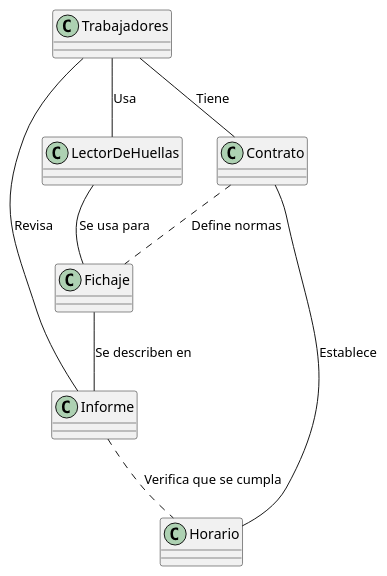
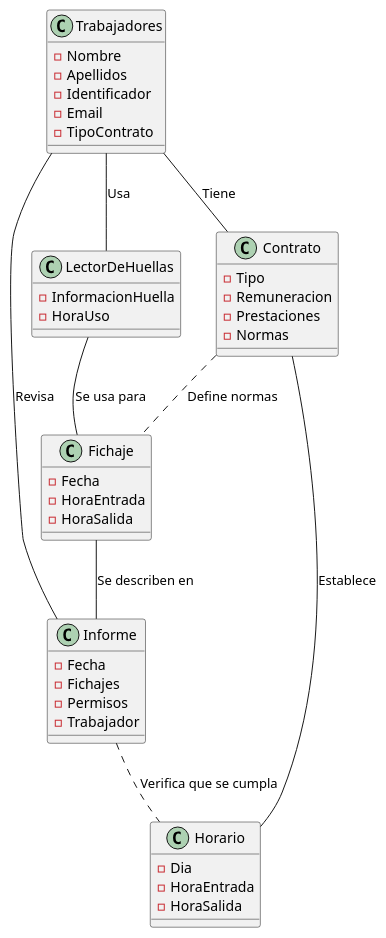
One commit to mmasias/23-24-IdSw1-SDR changed the diagram in imagenes/modelosUML/modeloDelDominio/iteracion4.puml. Above: the diagram before and after it, drawn with PlantUML. The commit also changed 1 other file, not shown here.

```diff
--- a/imagenes/modelosUML/modeloDelDominio/iteracion4.puml
+++ b/imagenes/modelosUML/modeloDelDominio/iteracion4.puml
@@ -1,17 +1,44 @@
 @startuml
-class Trabajadores{}
-class LectorDeHuellas{}
-class Fichaje{}
-class Informe{}
-class Horario{}
-class Contrato{}
+class Trabajadores{
+    - Nombre
+    - Apellidos
+    - Identificador
+    - Email
+    - TipoContrato
+}
+class LectorDeHuellas{
+    - InformacionHuella
+    - HoraUso
+}
+class Fichaje{
+    - Fecha
+    - HoraEntrada
+    - HoraSalida
+}
+class Informe{
+    - Fecha
+    - Fichajes
+    - Permisos
+    - Trabajador
+}
+class Horario{
+    - Dia
+    - HoraEntrada
+    - HoraSalida
+}
+class Contrato{
+    - Tipo
+    - Remuneracion
+    - Prestaciones
+    - Normas
+}
 
 Trabajadores -- Contrato : Tiene
 Trabajadores -- LectorDeHuellas : Usa
 LectorDeHuellas -- Fichaje : Se usa para
 Fichaje -- Informe : Se describen en 
 Informe .. Horario : Verifica que se cumpla
 Trabajadores -- Informe : Revisa
 Contrato -- Horario : Establece
 Contrato .. Fichaje : Define normas
 @enduml
```
